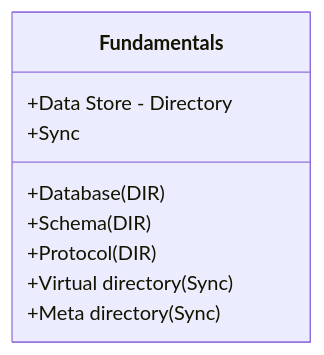
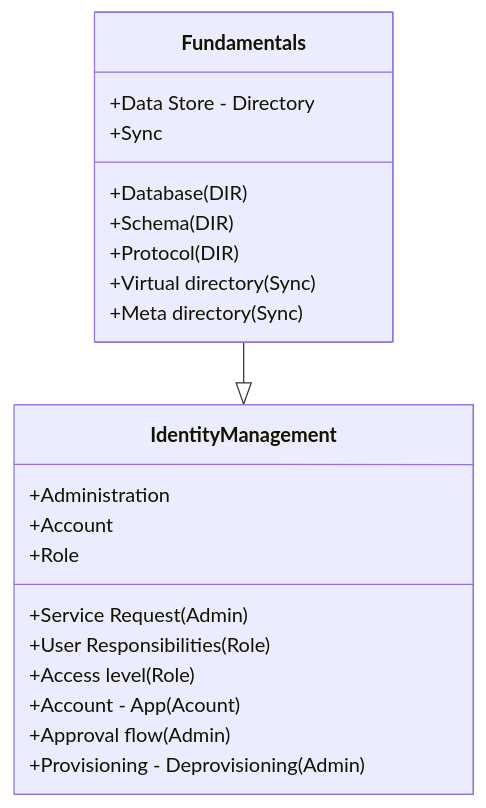
Before and after one commit to ilyesedina/Project-handbook: the diagram in IAM101.md, drawn with Mermaid. The commit also changed other lines of this file, not shown here.

````diff
--- a/IAM101.md
+++ b/IAM101.md
@@ -1,11 +7,23 @@
 ```mermaid
 classDiagram
     class Fundamentals
     Fundamentals : +Data Store - Directory
     Fundamentals : +Database(DIR)
     Fundamentals : +Schema(DIR)
     Fundamentals : +Protocol(DIR)
     Fundamentals : +Sync
     Fundamentals : +Virtual directory (Sync)
     Fundamentals : +Meta directory (Sync)
+    Fundamentals --|> IdentityManagement
+
+    class IdentityManagement
+    IdentityManagement : +Administration 
+    IdentityManagement : +Account 
+    IdentityManagement : +Role
+    IdentityManagement : +Service Request (Admin)
+    IdentityManagement : +User Responsibilities (Role)
+    IdentityManagement : +Access level (Role)
+    IdentityManagement : +Account - App (Acount)
+    IdentityManagement : +Approval flow (Admin)
+    IdentityManagement : +Provisioning - Deprovisioning (Admin)
 ```
````
